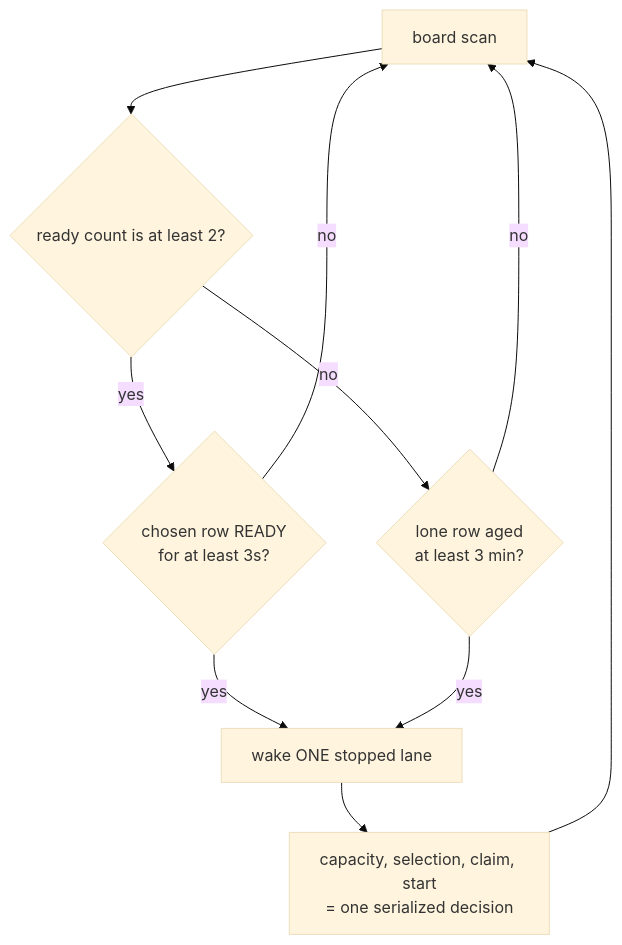
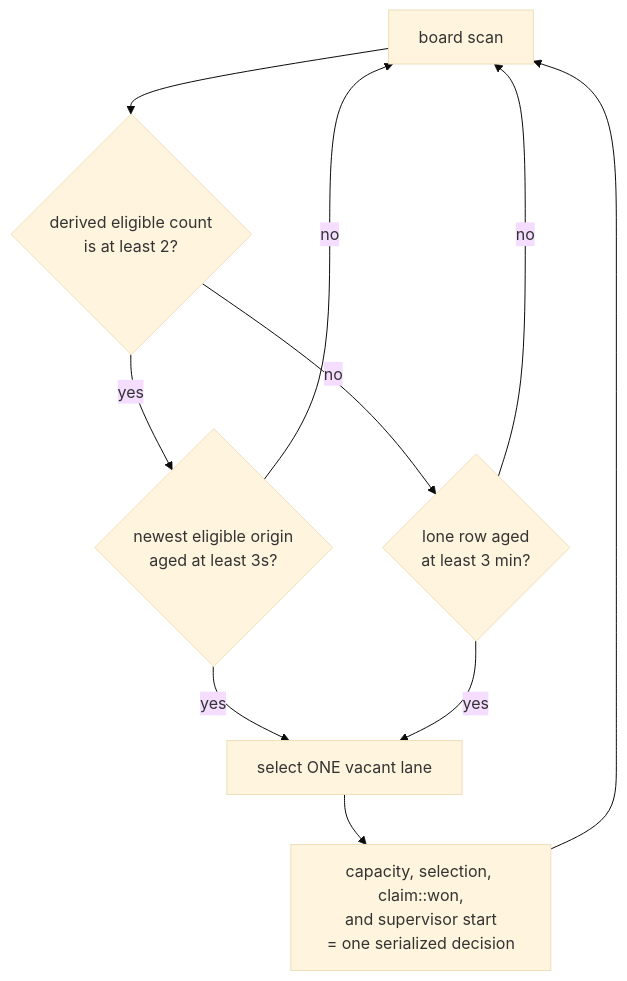
Before and after one commit to infimalabs/spice-rust: diagram 12 of 17 in docs/product/loops.md, drawn with Mermaid (base theme). The commit also changed other lines of this file and 71 other files, not shown here.

````diff
--- a/docs/product/loops.md
+++ b/docs/product/loops.md
@@ -157,12 +277,12 @@
 ```mermaid
 flowchart TD
-  B["board scan"] --> R{"ready count is at least 2?"}
-  R -- yes --> S{"chosen row READY<br/>for at least 3s?"}
+  B["board scan"] --> R{"derived eligible count<br/>is at least 2?"}
+  R -- yes --> S{"newest eligible origin<br/>aged at least 3s?"}
   R -- no --> L{"lone row aged<br/>at least 3 min?"}
-  S -- yes --> W["wake ONE stopped lane"]
+  S -- yes --> W["select ONE vacant lane"]
   S -- no --> B
   L -- yes --> W
   L -- no --> B
-  W --> C["capacity, selection, claim, start<br/>= one serialized decision"]
+  W --> C["capacity, selection, claim::won,<br/>and supervisor start<br/>= one serialized decision"]
   C --> B
 ```
````
